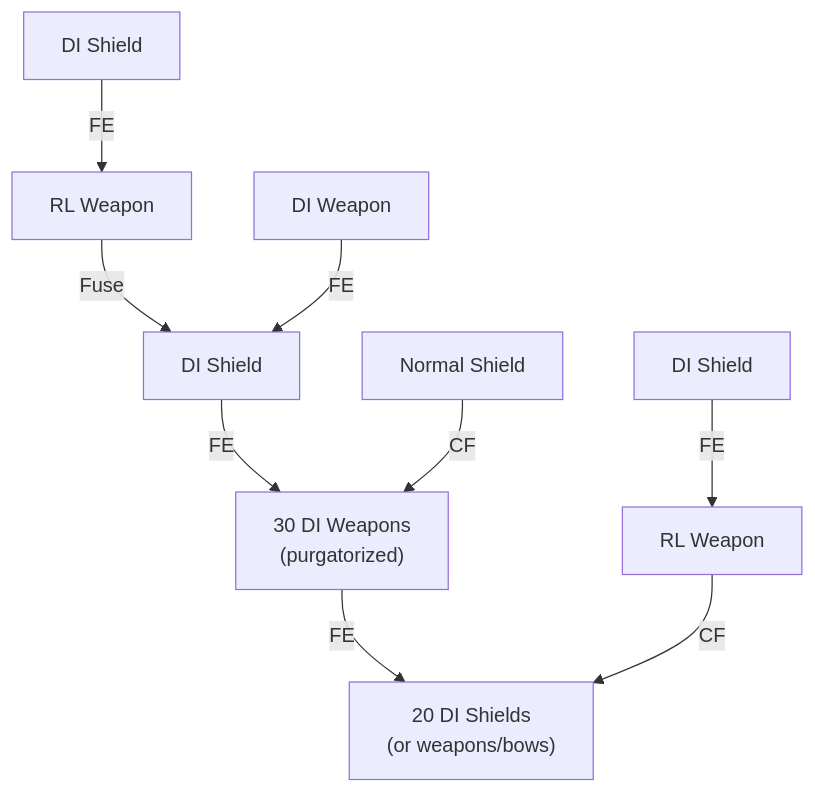
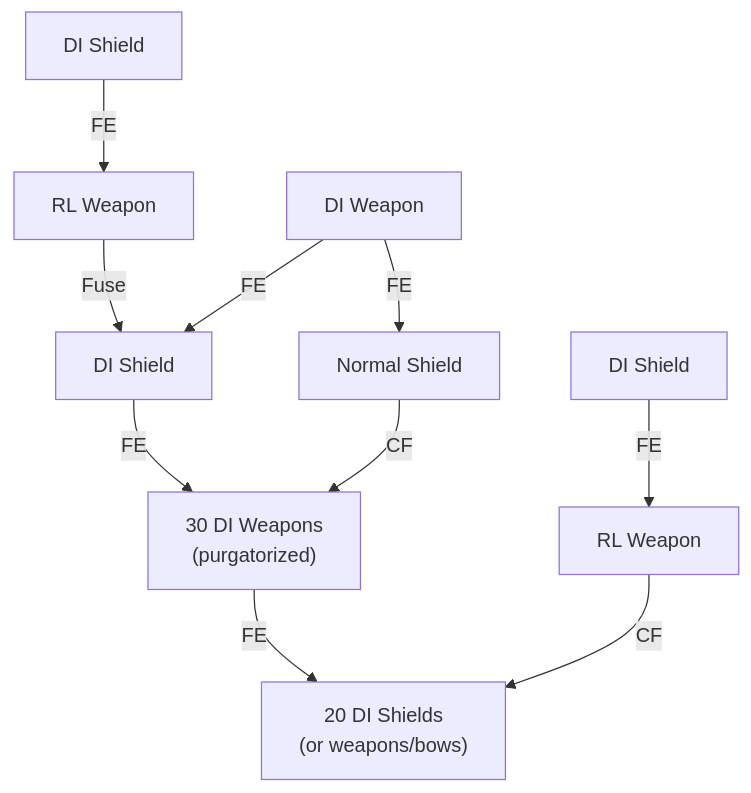
The first of 5 diagrams in docs/wiki/_wip/sfo-nesting-test.md (BKMzero/ultrabroken-documentation), drawn with Mermaid before and after one commit. The commit also changed other lines of this file, not shown here.

````diff
--- a/docs/wiki/_wip/sfo-nesting-test.md
+++ b/docs/wiki/_wip/sfo-nesting-test.md
@@ -71,11 +118,12 @@
             ```mermaid
             graph TD
                 B[DI Shield] -->|FE| F[RL Weapon]
                 E[DI Shield] -->|FE| G[RL Weapon]
                 F -->|Fuse| H[DI Shield]
                 C[DI Weapon] -->|FE| H
+                C -->|FE| D[Normal Shield]
                 H -->|FE| I["30 DI Weapons<br/>(purgatorized)"]
-                D[Normal Shield] -->|CF| I
+                D -->|CF| I
                 I -->|FE| J["20 DI Shields<br/>(or weapons/bows)"]
                 G -->|CF| J
             ```
````
